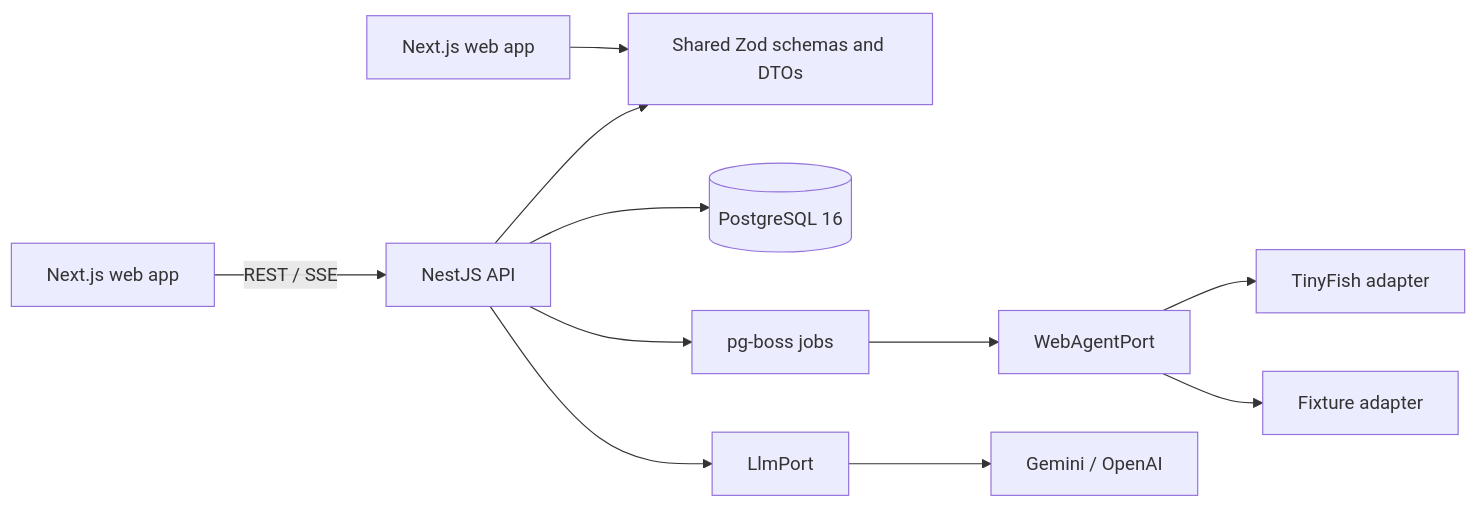
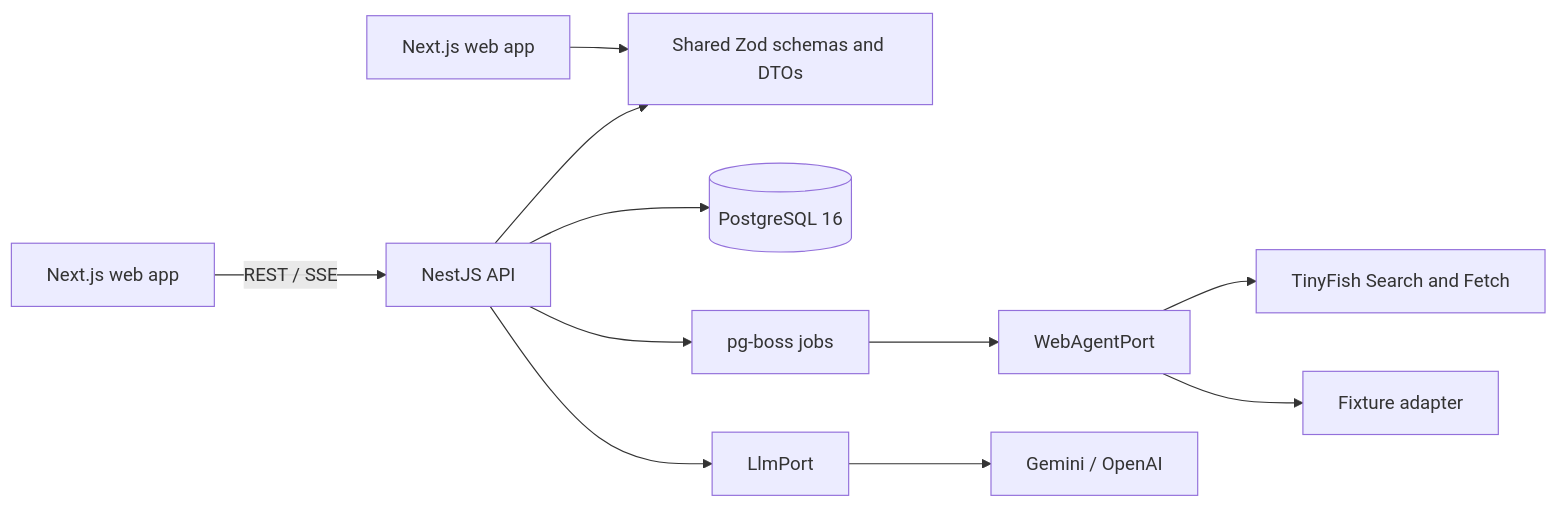
Before and after one commit to vaibhavkumar955584-hub/tinyproject: the diagram in docs/architecture.md, drawn with Mermaid. The commit also changed other lines of this file and 86 other files, not shown here.

````diff
--- a/docs/architecture.md
+++ b/docs/architecture.md
@@ -7,13 +7,13 @@
 ```mermaid
 flowchart LR
   Browser[Next.js web app] -->|REST / SSE| API[NestJS API]
   API --> Shared[Shared Zod schemas and DTOs]
   Web[Next.js web app] --> Shared
   API --> DB[(PostgreSQL 16)]
   API --> Queue[pg-boss jobs]
   Queue --> Agent[WebAgentPort]
-  Agent --> TinyFish[TinyFish adapter]
+  Agent --> TinyFish[TinyFish Search and Fetch]
   Agent --> Fixtures[Fixture adapter]
   API --> LLM[LlmPort]
   LLM --> Providers[Gemini / OpenAI]
 ```
````
